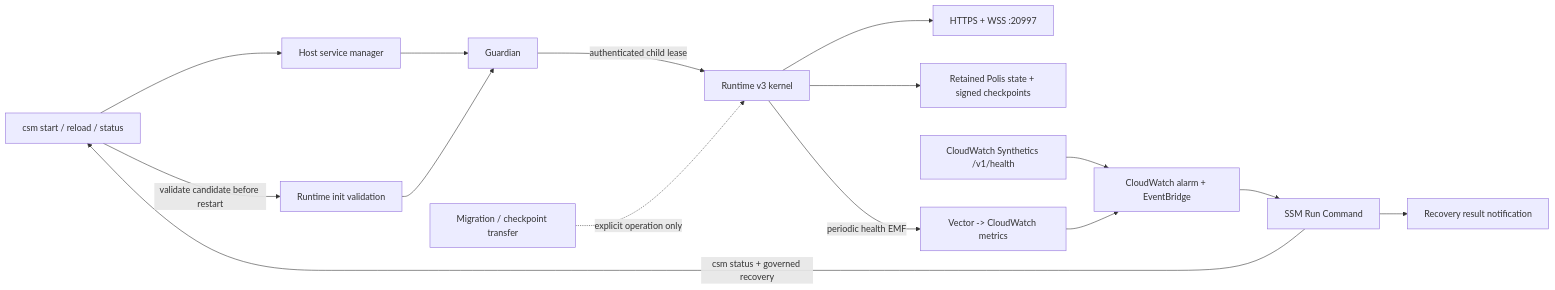
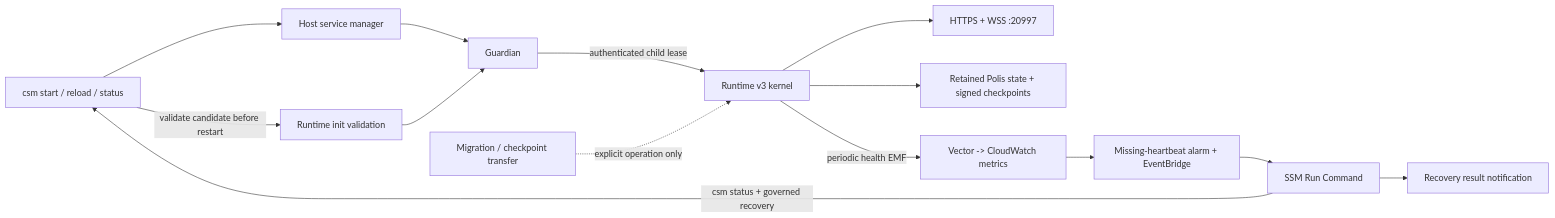
The diagram in .csdlc/issues/589/authored/diagram.mmd (agent-logic/agent-design-language), drawn with Mermaid before and after one commit. The commit also changed 16 other files, not shown here.

```diff
--- a/.csdlc/issues/589/authored/diagram.mmd
+++ b/.csdlc/issues/589/authored/diagram.mmd
@@ -1,15 +1,14 @@
 flowchart LR
   C["csm start / reload / status"] --> H["Host service manager"]
   H --> G["Guardian"]
   G -->|"authenticated child lease"| K["Runtime v3 kernel"]
   K --> A["HTTPS + WSS :20997"]
   K --> S["Retained Polis state + signed checkpoints"]
   C -->|"validate candidate before restart"| V["Runtime init validation"]
   V --> G
   X["Migration / checkpoint transfer"] -. "explicit operation only" .-> K
   K -->|"periodic health EMF"| CW["Vector -> CloudWatch metrics"]
-  W["CloudWatch Synthetics /v1/health"] --> M["CloudWatch alarm + EventBridge"]
-  CW --> M
+  CW --> M["Missing-heartbeat alarm + EventBridge"]
   M --> R["SSM Run Command"]
   R -->|"csm status + governed recovery"| C
   R --> N["Recovery result notification"]
```
